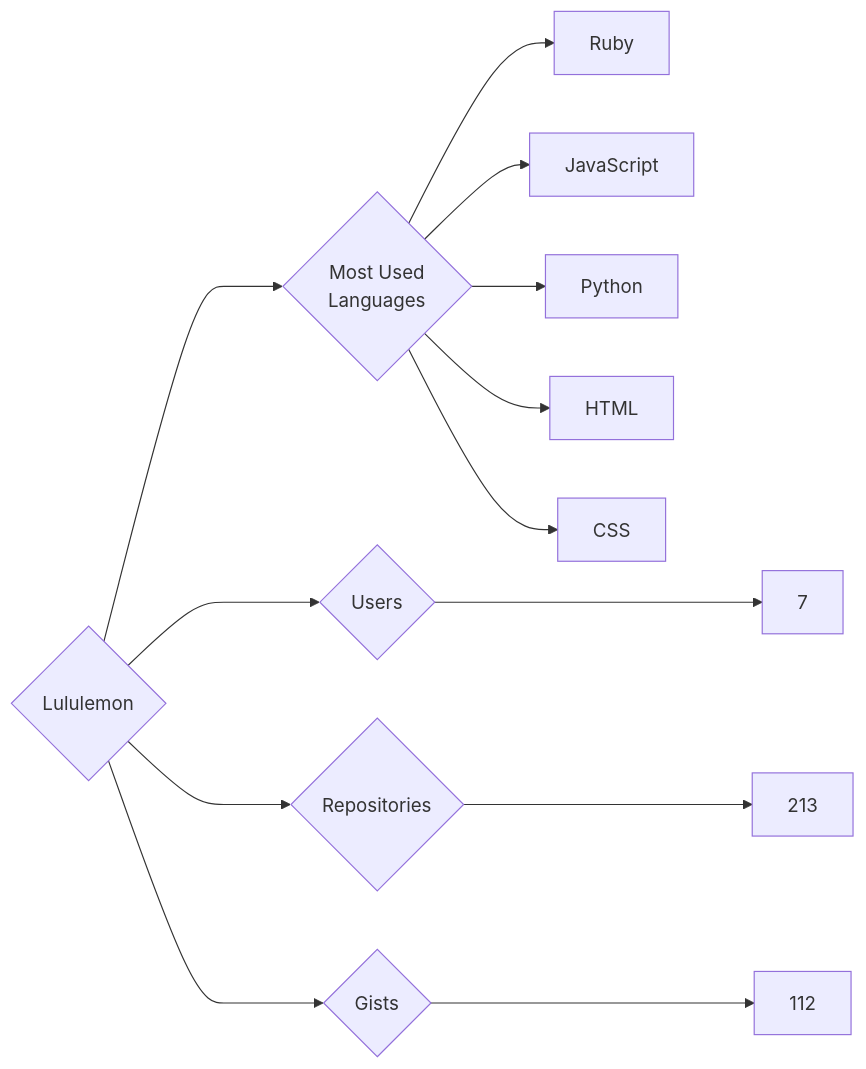
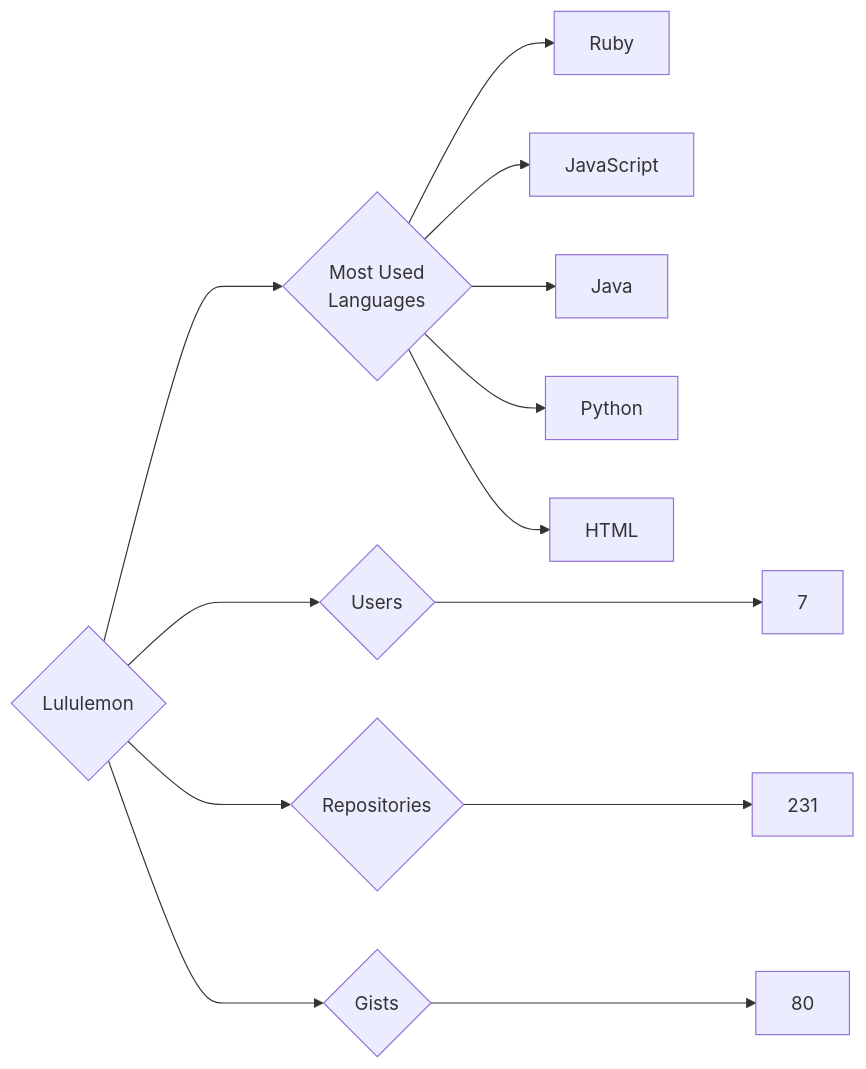
Before and after one commit to trickest/insiders: the diagram in targets/Lululemon/README.md, drawn with Mermaid. The commit also changed 1389 other files, not shown here.

````diff
--- a/targets/Lululemon/README.md
+++ b/targets/Lululemon/README.md
@@ -3,13 +3,13 @@
 ```mermaid
 graph LR
 COMPANY_NAME{Lululemon}
 COMPANY_NAME ---> U{Users} ---> UN[7]
-COMPANY_NAME ---> R{Repositories} ---> RN[213]
-COMPANY_NAME ---> G{Gists} ---> GN[112]
+COMPANY_NAME ---> R{Repositories} ---> RN[231]
+COMPANY_NAME ---> G{Gists} ---> GN[80]
 COMPANY_NAME ---> ML{Most Used<br>Languages}
 ML --> Ruby[Ruby]
 ML --> JavaScript[JavaScript]
+ML --> Java[Java]
 ML --> Python[Python]
 ML --> HTML[HTML]
-ML --> CSS[CSS]
 ```
````
